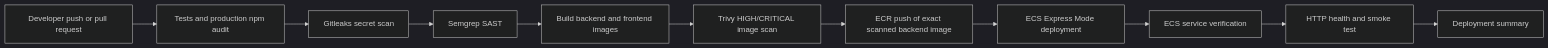
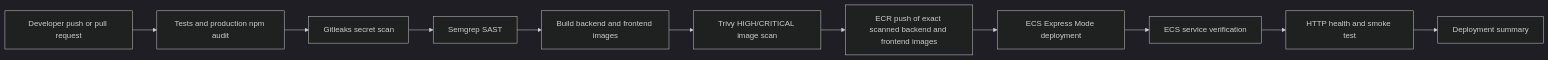
The diagram in docs/FA-L4-DEVSECOPS.md (25044598ShawnTayYaoTiing/C270-firefighter-dashboard), drawn with Mermaid (dark theme) before and after one commit. The commit also changed other lines of this file and 2 other files, not shown here.

````diff
--- a/docs/FA-L4-DEVSECOPS.md
+++ b/docs/FA-L4-DEVSECOPS.md
@@ -13,13 +13,13 @@
 ```mermaid
 flowchart LR
   A[Developer push or pull request] --> B[Tests and production npm audit]
   B --> C[Gitleaks secret scan]
   C --> D[Semgrep SAST]
   D --> E[Build backend and frontend images]
   E --> F[Trivy HIGH/CRITICAL image scan]
-  F --> G[ECR push of exact scanned backend image]
+  F --> G[ECR push of exact scanned backend and frontend images]
   G --> H[ECS Express Mode deployment]
   H --> I[ECS service verification]
   I --> J[HTTP health and smoke test]
   J --> K[Deployment summary]
 ```
````
